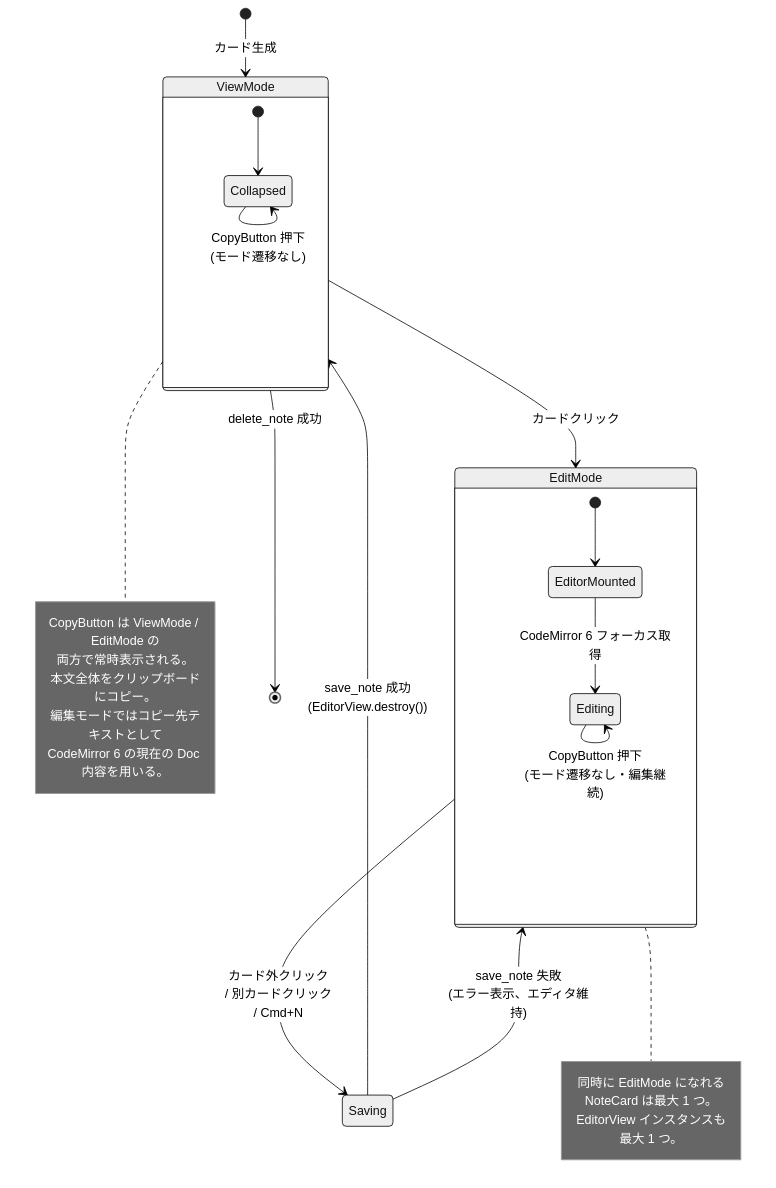
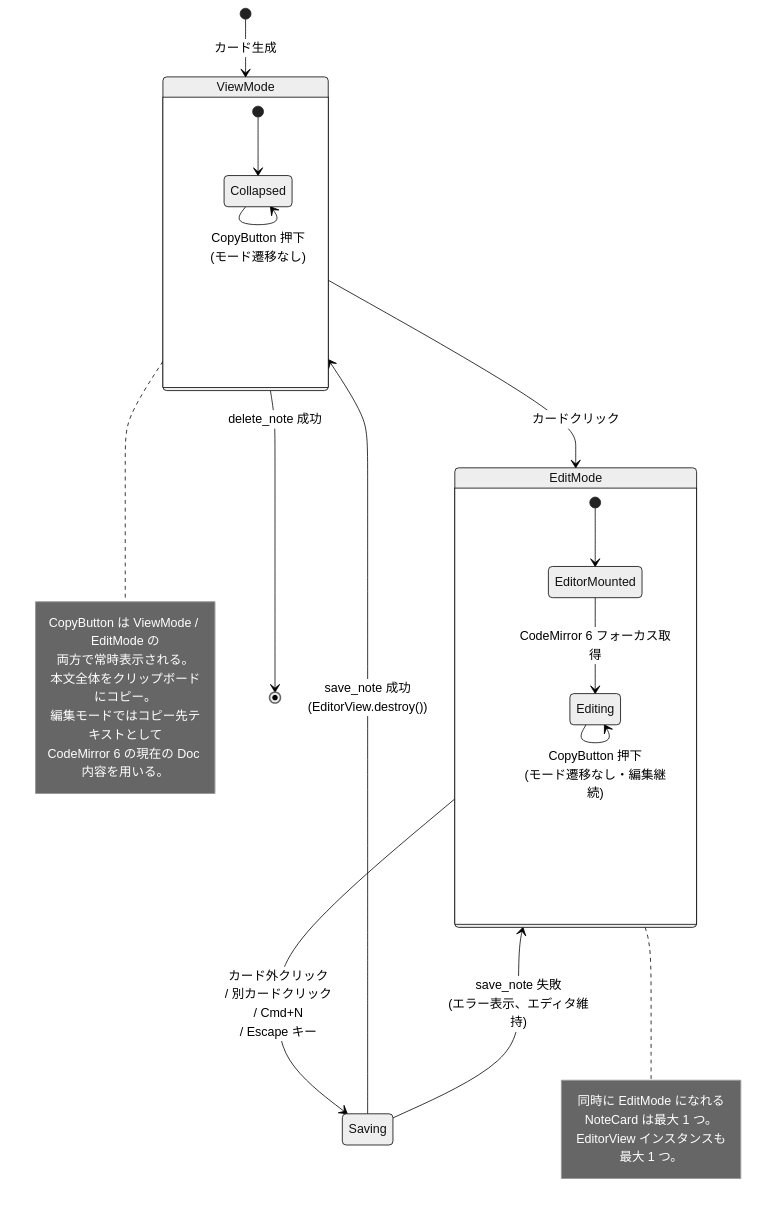
The first of 4 diagrams in docs/detailed_design/editor_clipboard_design.md (dev-komenzar/prompt-notes), drawn with Mermaid (neutral theme) before and after one commit. The commit also changed other lines of this file and 8 other files, not shown here.

````diff
--- a/docs/detailed_design/editor_clipboard_design.md
+++ b/docs/detailed_design/editor_clipboard_design.md
@@ -61,37 +61,37 @@
 ```mermaid
 stateDiagram-v2
     [*] --> ViewMode: カード生成
 
     state ViewMode {
         [*] --> Collapsed
         Collapsed --> Collapsed: CopyButton 押下<br/>(モード遷移なし)
     }
 
     state EditMode {
         [*] --> EditorMounted
         EditorMounted --> Editing: CodeMirror 6 フォーカス取得
         Editing --> Editing: ユーザー入力
         Editing --> Editing: CopyButton 押下<br/>(モード遷移なし・編集継続)
     }
 
     ViewMode --> EditMode: カードクリック
-    EditMode --> Saving: カード外クリック<br/>/ 別カードクリック<br/>/ Cmd+N
+    EditMode --> Saving: カード外クリック<br/>/ 別カードクリック<br/>/ Cmd+N<br/>/ Escape キー
     Saving --> ViewMode: save_note 成功<br/>(EditorView.destroy())
     Saving --> EditMode: save_note 失敗<br/>(エラー表示、エディタ維持)
 
     ViewMode --> [*]: delete_note 成功
 
     note right of EditMode
         同時に EditMode になれる
         NoteCard は最大 1 つ。
         EditorView インスタンスも最大 1 つ。
     end note
 
     note right of ViewMode
         CopyButton は ViewMode / EditMode の
         両方で常時表示される。
         本文全体をクリップボードにコピー。
         編集モードではコピー先テキストとして
         CodeMirror 6 の現在の Doc 内容を用いる。
     end note
 ```
````
